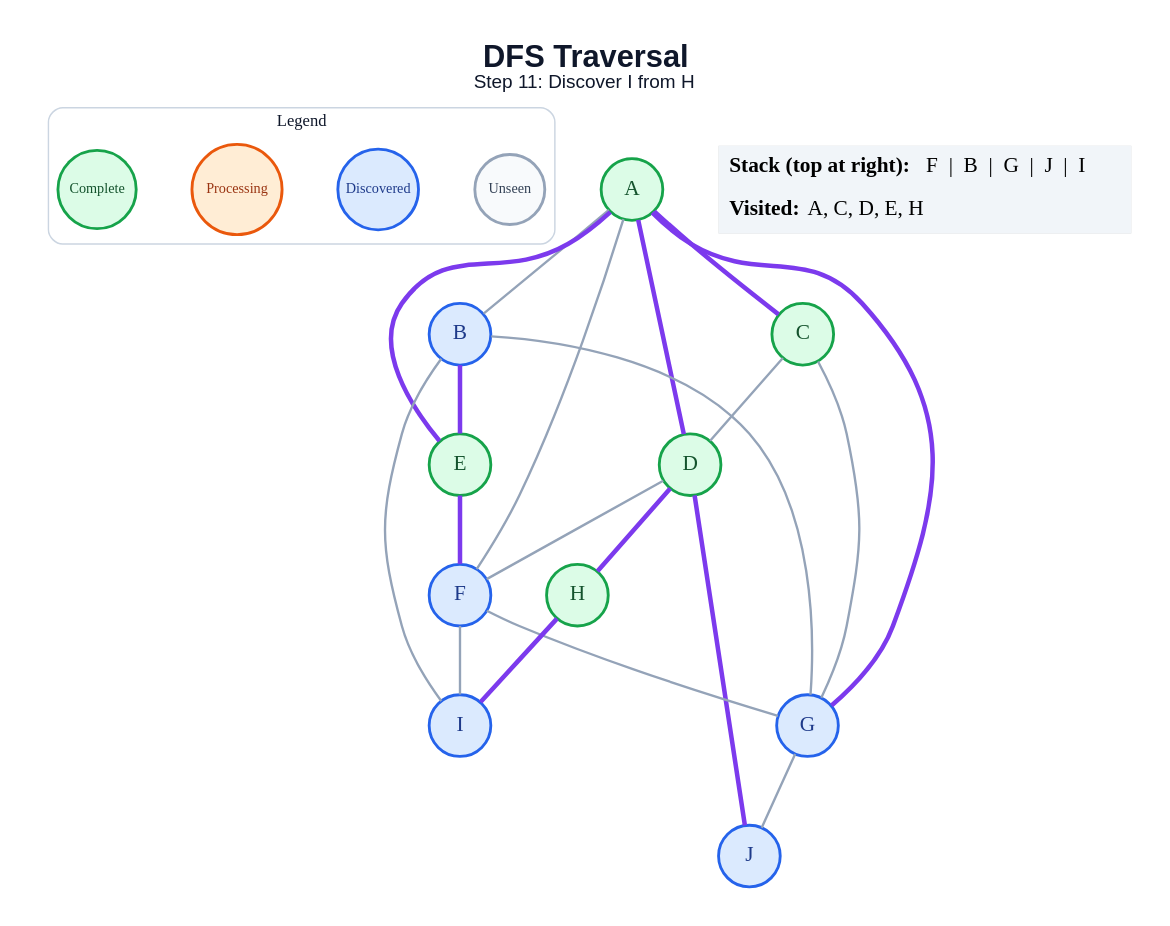
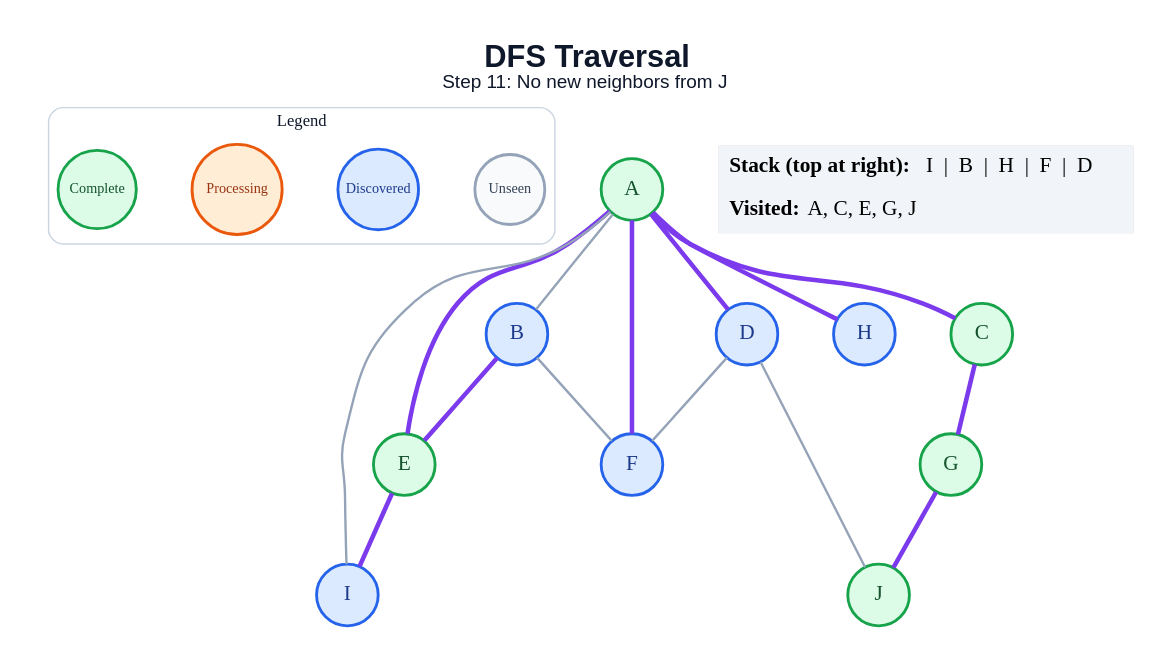
One commit to amanghodawala9/ai-slop changed the diagram in generated/specific-node/dfs/step_11.dot. Above: the diagram before and after it, drawn with Graphviz. The commit also changed 178 other files, not shown here.

```diff
--- a/generated/specific-node/dfs/step_11.dot
+++ b/generated/specific-node/dfs/step_11.dot
@@ -1,48 +1,43 @@
 graph traversal {
   graph [layout=dot, rankdir=TB, bgcolor="#FFFFFF", pad="0.35", nodesep="0.65", ranksep="0.8", fontname="Arial"];
   node [shape=circle, style="filled", fontname="Arial Bold", fontsize=18, width=0.72, fixedsize=true, penwidth=2.4];
   edge [color="#94A3B8", penwidth=2.0];
-  label=<<B>DFS Traversal</B><BR/><FONT POINT-SIZE="16">Step 11: Discover I from H</FONT>>; labelloc="t"; fontsize=26; fontname="Arial"; fontcolor="#0F172A";
+  label=<<B>DFS Traversal</B><BR/><FONT POINT-SIZE="16">Step 11: No new neighbors from J</FONT>>; labelloc="t"; fontsize=26; fontname="Arial"; fontcolor="#0F172A";
   subgraph cluster_legend { label="Legend"; color="#CBD5E1"; penwidth=1.2; style="rounded"; fontsize=14; fontname="Arial Bold";
     key_unseen [label="Unseen", fillcolor="#F8FAFC", color="#94A3B8", fontcolor="#334155", fontsize=12, width=0.82];
     key_frontier [label="Discovered", fillcolor="#DBEAFE", color="#2563EB", fontcolor="#1E3A8A", fontsize=12, width=0.95];
     key_current [label="Processing", fillcolor="#FFEDD5", color="#EA580C", fontcolor="#9A3412", fontsize=12, width=1.05];
     key_done [label="Complete", fillcolor="#DCFCE7", color="#16A34A", fontcolor="#14532D", fontsize=12, width=0.92];
     { rank=same; key_unseen; key_frontier; key_current; key_done; }
   }
   A [fillcolor="#DCFCE7", color="#16A34A", fontcolor="#14532D"];
   B [fillcolor="#DBEAFE", color="#2563EB", fontcolor="#1E3A8A"];
   C [fillcolor="#DCFCE7", color="#16A34A", fontcolor="#14532D"];
-  D [fillcolor="#DCFCE7", color="#16A34A", fontcolor="#14532D"];
+  D [fillcolor="#DBEAFE", color="#2563EB", fontcolor="#1E3A8A"];
   E [fillcolor="#DCFCE7", color="#16A34A", fontcolor="#14532D"];
   F [fillcolor="#DBEAFE", color="#2563EB", fontcolor="#1E3A8A"];
-  G [fillcolor="#DBEAFE", color="#2563EB", fontcolor="#1E3A8A"];
-  H [fillcolor="#DCFCE7", color="#16A34A", fontcolor="#14532D"];
+  G [fillcolor="#DCFCE7", color="#16A34A", fontcolor="#14532D"];
+  H [fillcolor="#DBEAFE", color="#2563EB", fontcolor="#1E3A8A"];
   I [fillcolor="#DBEAFE", color="#2563EB", fontcolor="#1E3A8A"];
-  J [fillcolor="#DBEAFE", color="#2563EB", fontcolor="#1E3A8A"];
+  J [fillcolor="#DCFCE7", color="#16A34A", fontcolor="#14532D"];
   A -- B;
   A -- C [color="#7C3AED", penwidth=3.8];
   A -- D [color="#7C3AED", penwidth=3.8];
   A -- E [color="#7C3AED", penwidth=3.8];
-  A -- F;
-  A -- G [color="#7C3AED", penwidth=3.8];
+  A -- F [color="#7C3AED", penwidth=3.8];
+  A -- H [color="#7C3AED", penwidth=3.8];
+  A -- I;
   B -- E [color="#7C3AED", penwidth=3.8];
-  B -- G;
-  B -- I;
-  C -- D;
-  C -- G;
+  B -- F;
+  C -- G [color="#7C3AED", penwidth=3.8];
   D -- F;
-  D -- H [color="#7C3AED", penwidth=3.8];
-  D -- J [color="#7C3AED", penwidth=3.8];
-  E -- F [color="#7C3AED", penwidth=3.8];
-  F -- G;
-  F -- I;
-  G -- J;
-  H -- I [color="#7C3AED", penwidth=3.8];
+  D -- J;
+  E -- I [color="#7C3AED", penwidth=3.8];
+  G -- J [color="#7C3AED", penwidth=3.8];
   status [shape=plain, fixedsize=false, width=0, height=0, margin=0, label=<
     <TABLE BORDER="0" CELLBORDER="0" CELLPADDING="7" BGCOLOR="#F1F5F9">
-      <TR><TD ALIGN="LEFT"><B>Stack (top at right):</B> F  |  B  |  G  |  J  |  I</TD></TR>
-      <TR><TD ALIGN="LEFT"><B>Visited:</B> A, C, D, E, H</TD></TR>
+      <TR><TD ALIGN="LEFT"><B>Stack (top at right):</B> I  |  B  |  H  |  F  |  D</TD></TR>
+      <TR><TD ALIGN="LEFT"><B>Visited:</B> A, C, E, G, J</TD></TR>
     </TABLE>
   >];
 }
```
